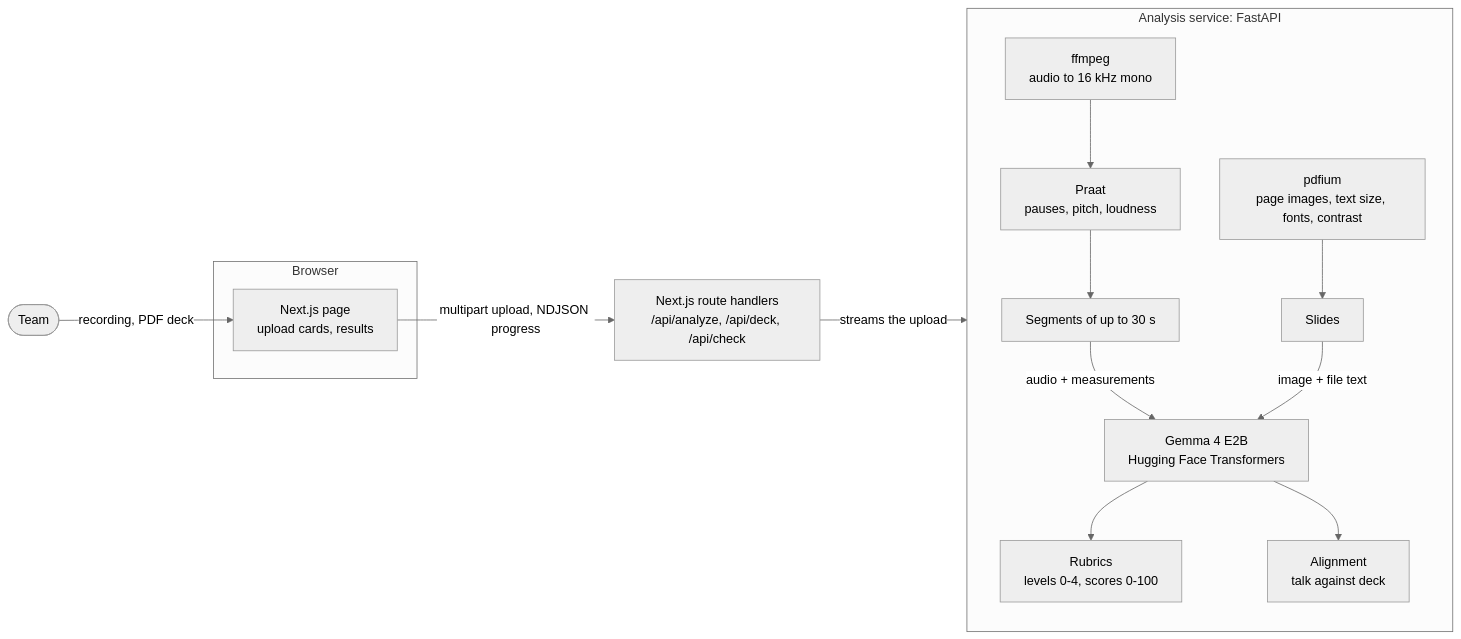
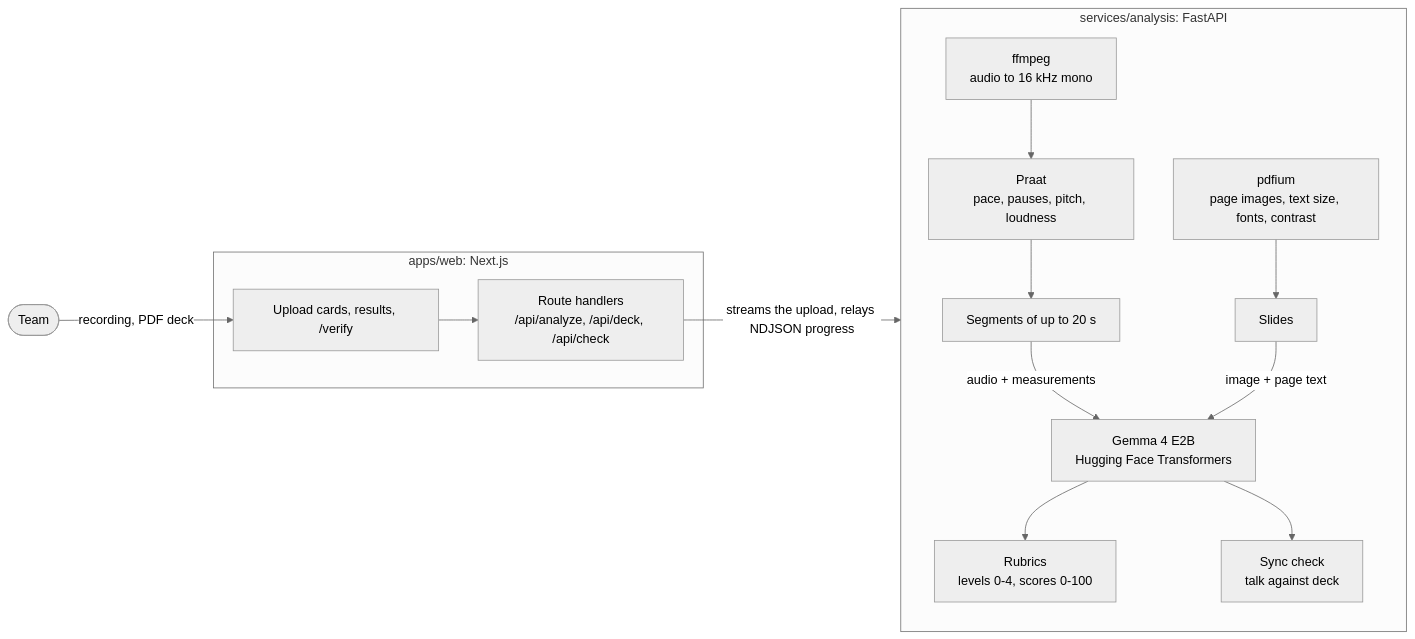
The diagram in README.md (tomovicj/pitchcheck), drawn with Mermaid (neutral theme) before and after one commit. The commit also changed other lines of this file and 135 other files, not shown here.

````diff
--- a/README.md
+++ b/README.md
@@ -140,22 +42,23 @@
 ```mermaid
 flowchart LR
   user([Team]) -->|recording, PDF deck| web
 
-  subgraph browser [Browser]
-    web[Next.js page<br/>upload cards, results]
+  subgraph webapp [apps/web: Next.js]
+    web[Upload cards, results, /verify]
+    api[Route handlers<br/>/api/analyze, /api/deck, /api/check]
+    web --> api
   end
 
-  web -->|multipart upload, NDJSON progress| api[Next.js route handlers<br/>/api/analyze, /api/deck, /api/check]
-  api -->|streams the upload| service
+  api -->|streams the upload, relays NDJSON progress| service
 
-  subgraph service [Analysis service: FastAPI]
+  subgraph service [services/analysis: FastAPI]
     direction TB
-    ffmpeg[ffmpeg<br/>audio to 16 kHz mono] --> praat[Praat<br/>pauses, pitch, loudness]
-    praat --> segments[Segments of up to 30 s]
+    ffmpeg[ffmpeg<br/>audio to 16 kHz mono] --> praat[Praat<br/>pace, pauses, pitch, loudness]
+    praat --> segments[Segments of up to 20 s]
     pdf[pdfium<br/>page images, text size, fonts, contrast] --> slides[Slides]
     segments -->|audio + measurements| gemma
-    slides -->|image + file text| gemma
+    slides -->|image + page text| gemma
     gemma[Gemma 4 E2B<br/>Hugging Face Transformers] --> rubric[Rubrics<br/>levels 0-4, scores 0-100]
-    gemma --> align[Alignment<br/>talk against deck]
+    gemma --> align[Sync check<br/>talk against deck]
   end
 ```
````
